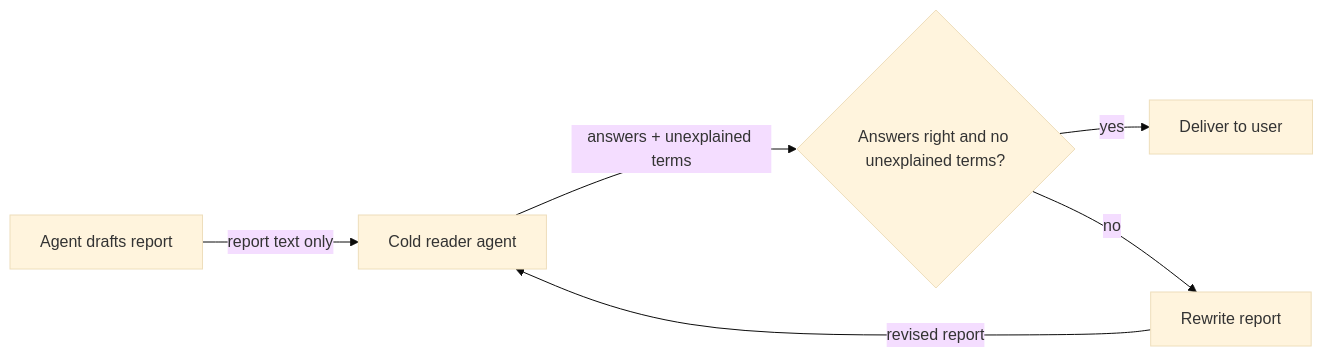
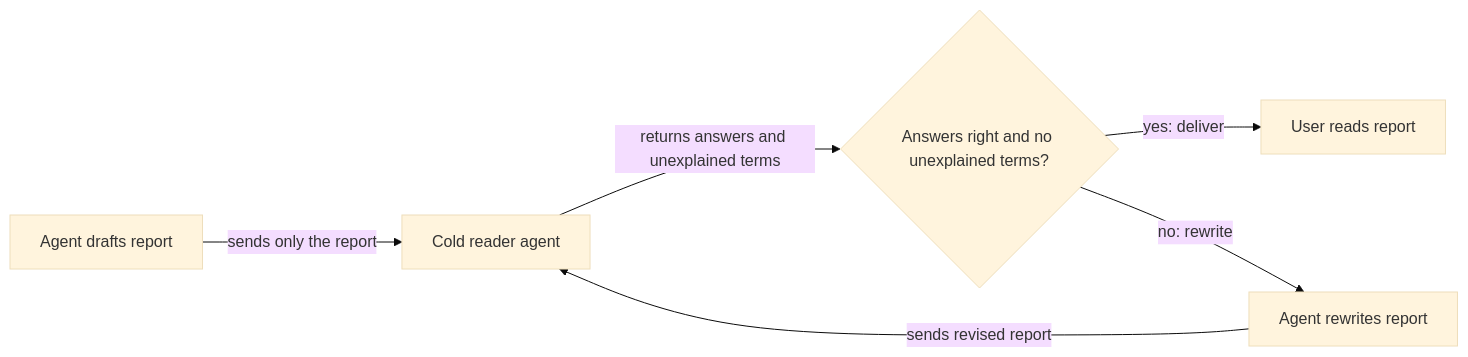
Before and after one commit to kirinmurphy/roborepo-alpha: the diagram in plans/backlog/plans-self-contained-reports.md, drawn with Mermaid (base theme). The commit also changed other lines of this file, not shown here.

Commit message:
Update plan plans-self-contained-reports

````diff
--- a/plans/backlog/plans-self-contained-reports.md
+++ b/plans/backlog/plans-self-contained-reports.md
@@ -186,8 +189,8 @@
 ```mermaid
 flowchart LR
-  D[Agent drafts report] -->|report text only| C[Cold reader agent]
-  C -->|answers + unexplained terms| J{Answers right and no unexplained terms?}
-  J -->|yes| U[Deliver to user]
-  J -->|no| R[Rewrite report]
-  R -->|revised report| C
+  D[Agent drafts report] -->|sends only the report| C[Cold reader agent]
+  C -->|returns answers and unexplained terms| J{Answers right and no unexplained terms?}
+  J -->|yes: deliver| U[User reads report]
+  J -->|no: rewrite| R[Agent rewrites report]
+  R -->|sends revised report| C
 ```
````
